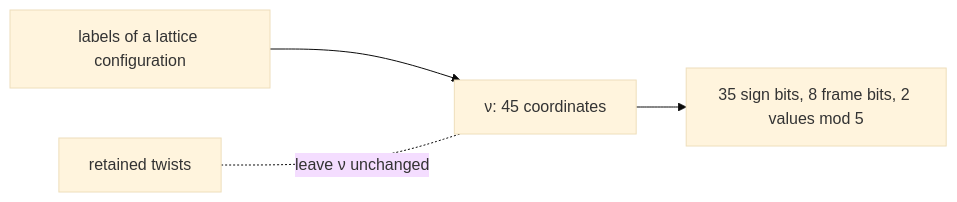
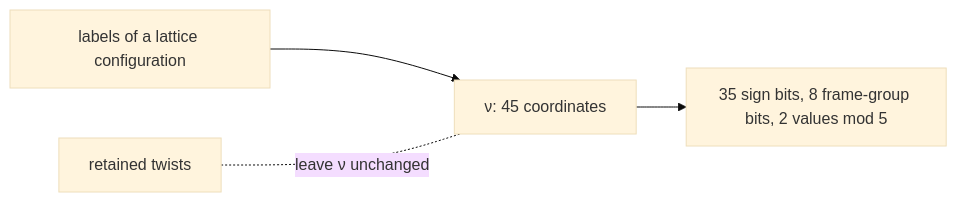
The diagram in docs/progress/1.0/glossary/diagrams/nu.mmd (KonomiYuzu01/Magic-600-Cell), drawn with Mermaid (base theme) before and after one commit. The commit also changed 78 other files, not shown here.

```diff
--- a/docs/progress/1.0/glossary/diagrams/nu.mmd
+++ b/docs/progress/1.0/glossary/diagrams/nu.mmd
@@ -1,4 +1,4 @@
 flowchart LR
   L[labels of a lattice configuration] --> N["ν: 45 coordinates"]
-  N --> B["35 sign bits, 8 frame bits, 2 values mod 5"]
+  N --> B["35 sign bits, 8 frame-group bits, 2 values mod 5"]
   R[retained twists] -. leave ν unchanged .- N
```
